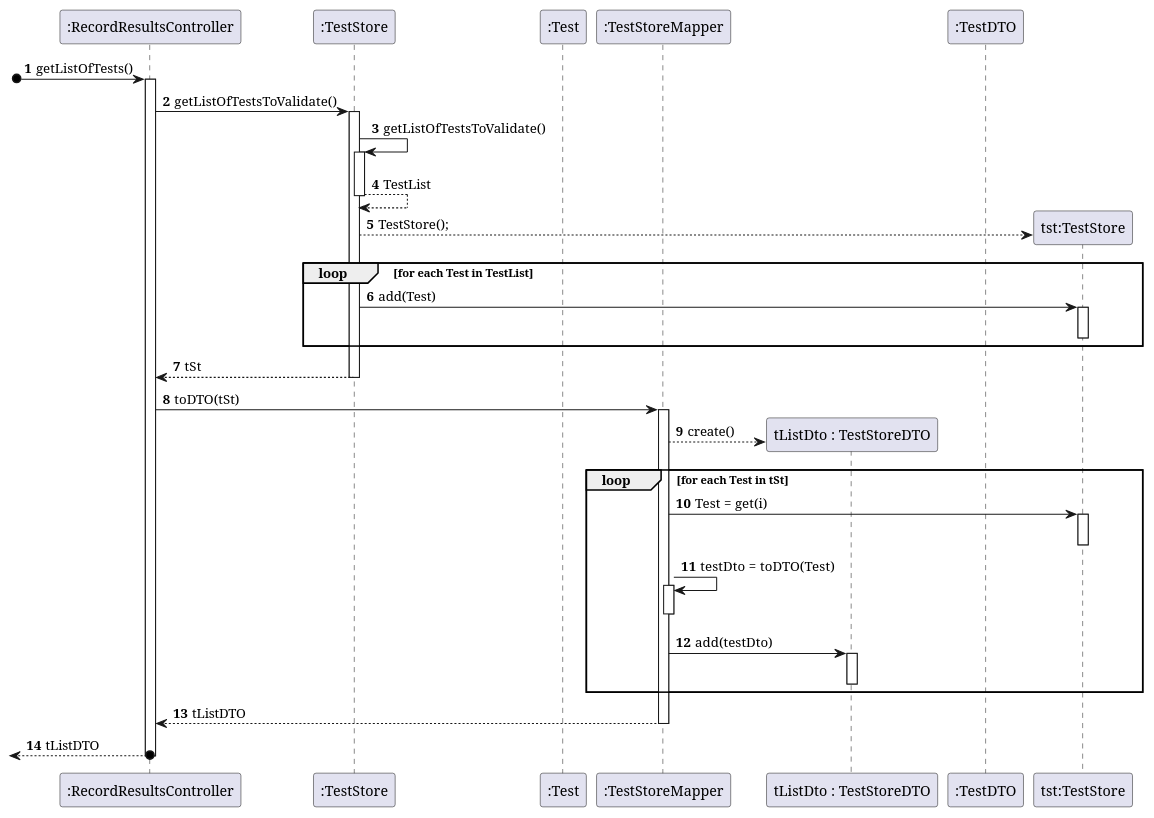
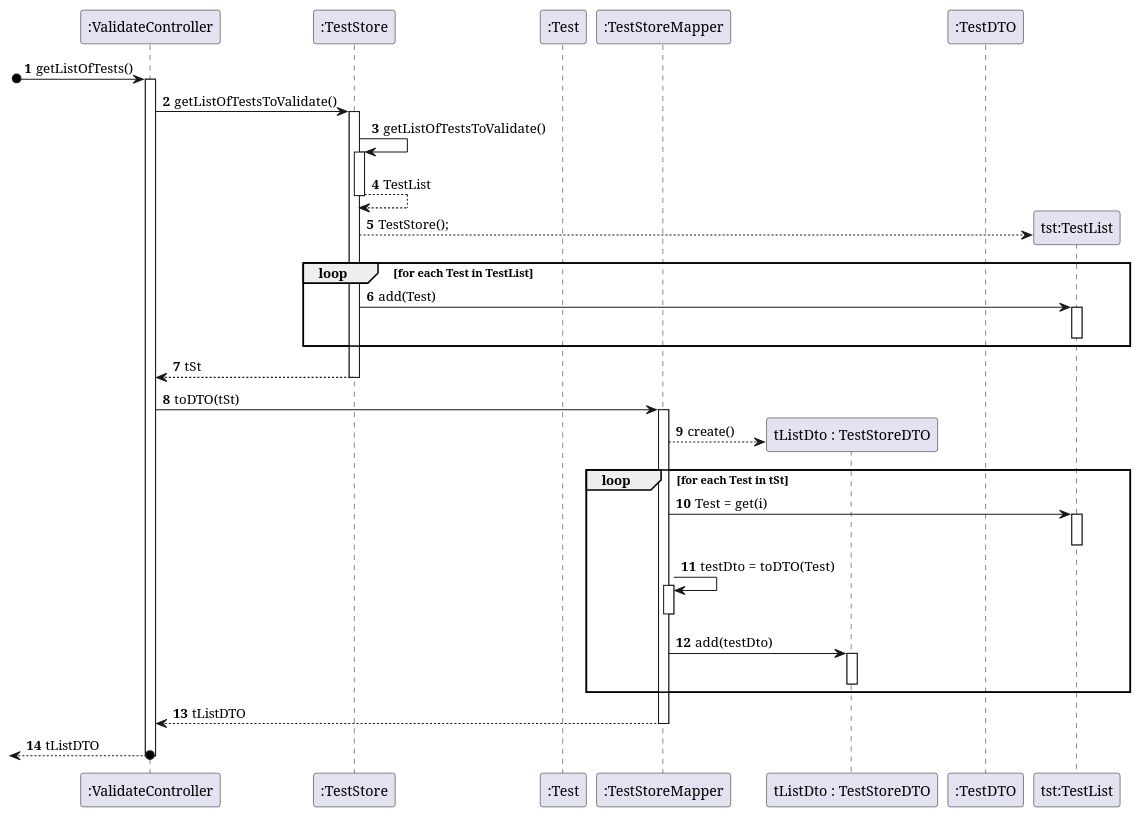
Before and after one commit to MarianaCLages/LAPR2: the diagram in docs/SprintC/US15/SD_getListOfTests().puml, drawn with PlantUML. The commit also changed 6 other files, not shown here.

```diff
--- a/docs/SprintC/US15/SD_getListOfTests().puml
+++ b/docs/SprintC/US15/SD_getListOfTests().puml
@@ -1,51 +1,51 @@
 @startuml
 'https://plantuml.com/sequence-diagram
 
 autonumber
-participant ":RecordResultsController" as ctrl
+participant ":ValidateController" as ctrl
 participant ":TestStore" as tStore
 participant ":Test" as Test
 participant ":TestStoreMapper" as tpStoreMapper
 participant "tListDto : TestStoreDTO" as tpStoreDTO
 participant ":TestDTO" as tpDTO
-participant "tst:TestStore" as tSt
+participant "tst:TestList" as tSt
 
 [o-> ctrl: getListOfTests()
 activate ctrl
 ctrl -> tStore: getListOfTestsToValidate()
 activate tStore
 tStore -> tStore: getListOfTestsToValidate()
 activate tStore
 tStore --> tStore: TestList
 deactivate
 tStore --> tSt**: TestStore();
 
 loop for each Test in TestList
 tStore ->tSt: add(Test)
 activate tSt
 
 deactivate
 end
 tStore --> ctrl: tSt
 deactivate
 
 ctrl -> tpStoreMapper: toDTO(tSt)
 activate tpStoreMapper
 tpStoreMapper --> tpStoreDTO**: create()
 loop for each Test in tSt
     tpStoreMapper -> tSt: Test = get(i)
     activate tSt
     deactivate tSt
     tpStoreMapper -> tpStoreMapper: testDto = toDTO(Test)
     activate tpStoreMapper
     deactivate tpStoreMapper
     tpStoreMapper -> tpStoreDTO: add(testDto)
     activate tpStoreDTO
     deactivate tpStoreDTO
 end
 tpStoreMapper --> ctrl: tListDTO
 deactivate tpStoreMapper
 return tListDTO
 deactivate ctrl
 deactivate tStore
 @enduml
```
